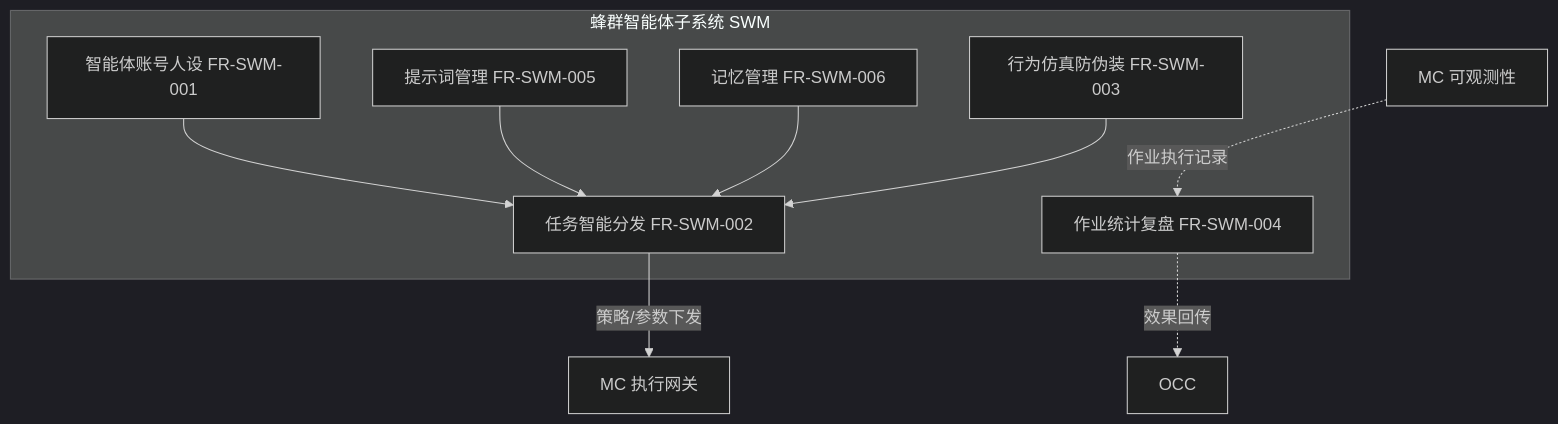
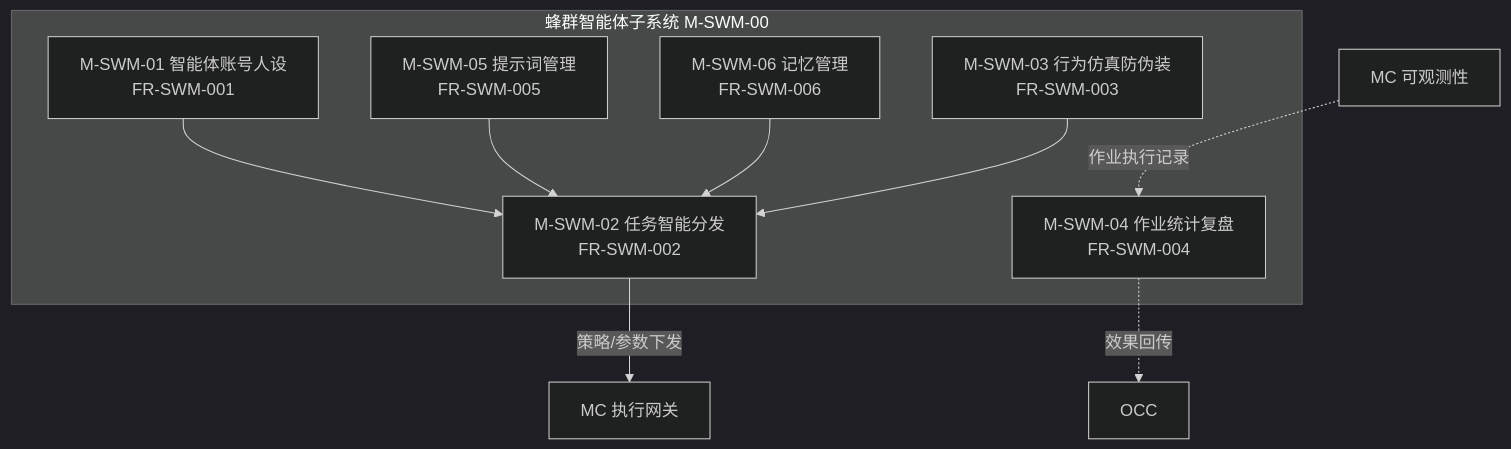
One commit to Sj-g/obsidian changed diagram 11 of 13 in 公司项目/认知作战/文档/软件概要设计说明.md. Above: the diagram before and after it, drawn with Mermaid (dark theme). The commit also changed other lines of this file, not shown here.

````diff
--- a/公司项目/认知作战/文档/软件概要设计说明.md
+++ b/公司项目/认知作战/文档/软件概要设计说明.md
@@ -442,16 +444,16 @@
 ```mermaid
 flowchart TB
-    subgraph SWM["蜂群智能体子系统 SWM"]
-        SWM1["智能体账号人设 FR-SWM-001"]
-        SWM2["任务智能分发 FR-SWM-002"]
-        SWM3["行为仿真防伪装 FR-SWM-003"]
-        SWM4["作业统计复盘 FR-SWM-004"]
-        SWM5["提示词管理 FR-SWM-005"]
-        SWM6["记忆管理 FR-SWM-006"]
+    subgraph SWM["蜂群智能体子系统 M-SWM-00"]
+        SWM1["M-SWM-01 智能体账号人设<br/>FR-SWM-001"]
+        SWM2["M-SWM-02 任务智能分发<br/>FR-SWM-002"]
+        SWM3["M-SWM-03 行为仿真防伪装<br/>FR-SWM-003"]
+        SWM4["M-SWM-04 作业统计复盘<br/>FR-SWM-004"]
+        SWM5["M-SWM-05 提示词管理<br/>FR-SWM-005"]
+        SWM6["M-SWM-06 记忆管理<br/>FR-SWM-006"]
     end
     SWM1 & SWM5 & SWM6 --> SWM2
     SWM3 --> SWM2
     SWM2 -->|"策略/参数下发"| MC3["MC 执行网关"]
     MC8["MC 可观测性"] -.->|"作业执行记录"| SWM4
     SWM4 -.->|"效果回传"| OCC
 ```
````
